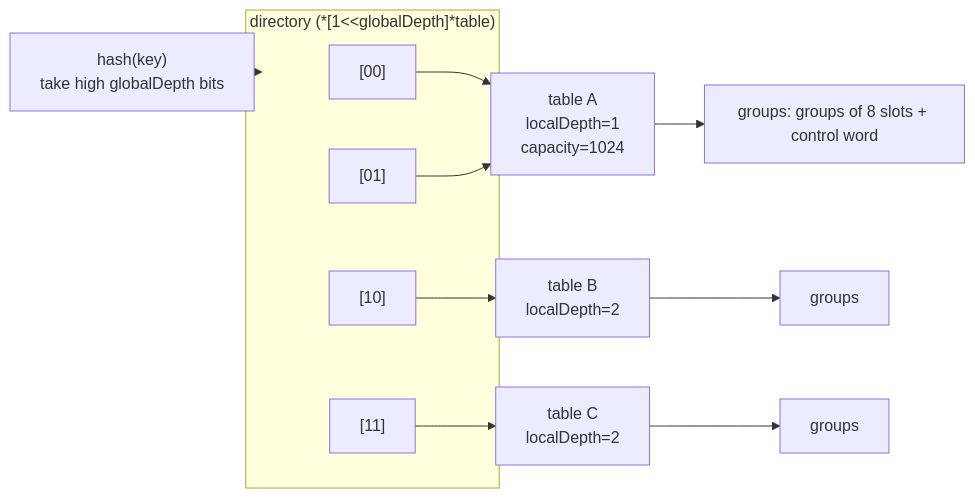
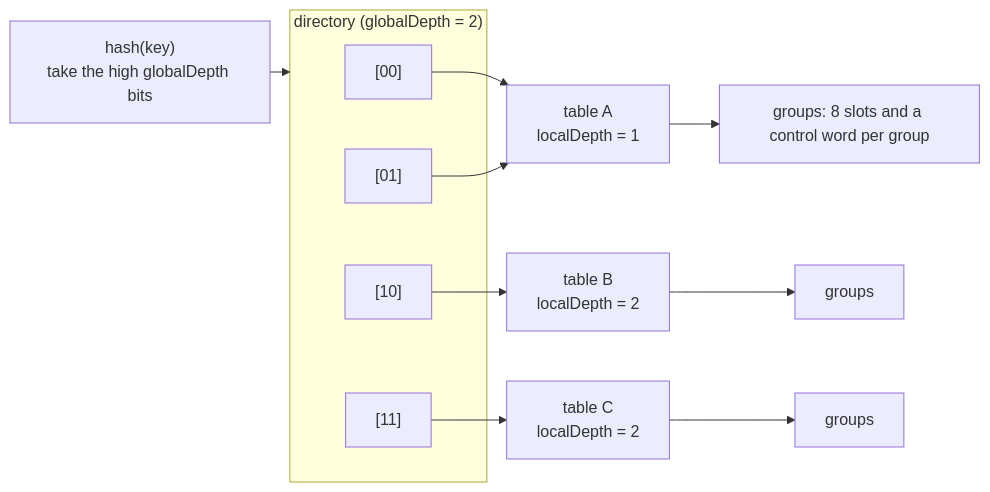
Before and after one commit to golang-design/under-the-hood: the second of 2 diagrams in book/en-us/part2lang/ch05data/swisstable.md, drawn with Mermaid. The commit also changed other lines of this file and 24 other files, not shown here.

````diff
--- a/book/en-us/part2lang/ch05data/swisstable.md
+++ b/book/en-us/part2lang/ch05data/swisstable.md
@@ -113,17 +198,17 @@
 ```mermaid
 flowchart LR
-    H["hash(key)<br/>take high globalDepth bits"] --> DIR
-    subgraph DIR["directory (*[1&lt;&lt;globalDepth]*table)"]
+    H["hash(key)<br/>take the high globalDepth bits"] --> DIR
+    subgraph DIR["directory (globalDepth = 2)"]
       D0["[00]"]
       D1["[01]"]
       D2["[10]"]
       D3["[11]"]
     end
-    D0 --> TA["table A<br/>localDepth=1<br/>capacity=1024"]
+    D0 --> TA["table A<br/>localDepth = 1"]
     D1 --> TA
-    D2 --> TB["table B<br/>localDepth=2"]
-    D3 --> TC["table C<br/>localDepth=2"]
-    TA --> GA["groups: groups of 8 slots + control word"]
+    D2 --> TB["table B<br/>localDepth = 2"]
+    D3 --> TC["table C<br/>localDepth = 2"]
+    TA --> GA["groups: 8 slots and a control word per group"]
     TB --> GB["groups"]
     TC --> GC["groups"]
 ```
````
